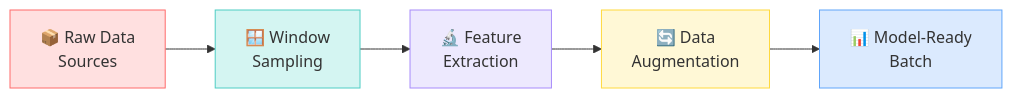
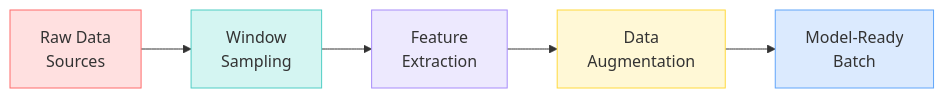
Before and after one commit to shreyakat0ch/hist4.1: the diagram in docs/data/overview.md, drawn with Mermaid. The commit also changed other lines of this file and 11 other files, not shown here.

````diff
--- a/docs/data/overview.md
+++ b/docs/data/overview.md
@@ -11,13 +11,13 @@
 ```mermaid
 flowchart LR
-    A["📦 Raw Data<br/>Sources"] --> B["🪟 Window<br/>Sampling"]
-    B --> C["🔬 Feature<br/>Extraction"]
-    C --> D["🔄 Data<br/>Augmentation"]
-    D --> E["📊 Model-Ready<br/>Batch"]
+    A["Raw Data<br/>Sources"] --> B["Window<br/>Sampling"]
+    B --> C["Feature<br/>Extraction"]
+    C --> D["Data<br/>Augmentation"]
+    D --> E["Model-Ready<br/>Batch"]
     
     style A fill:#FFE0E0,stroke:#FF6B6B,color:#333
     style B fill:#D4F5F2,stroke:#4ECDC4,color:#333
     style C fill:#EDE9FE,stroke:#A78BFA,color:#333
     style D fill:#FFF8D6,stroke:#FFD93D,color:#333
     style E fill:#DBEAFE,stroke:#60A5FA,color:#333
 ```
````
